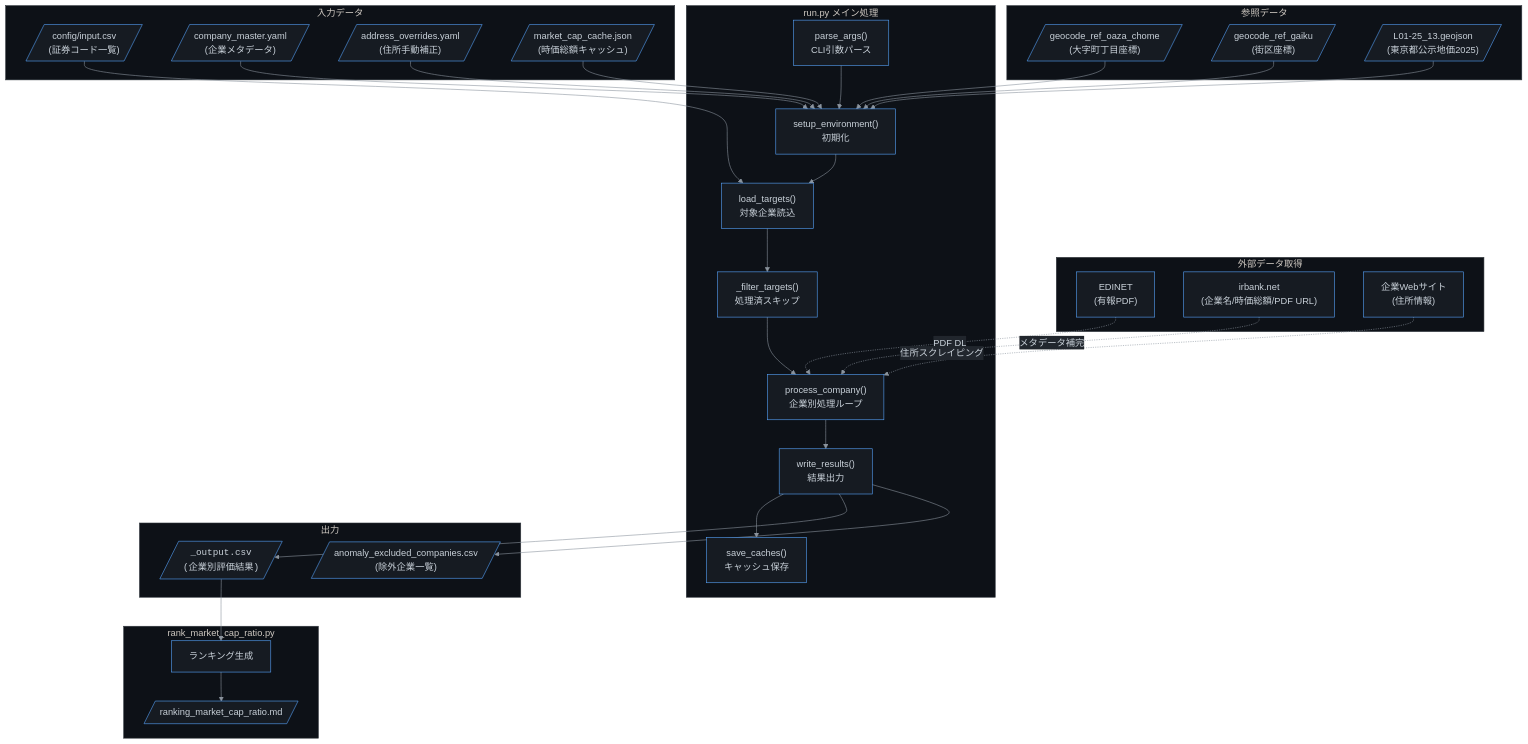
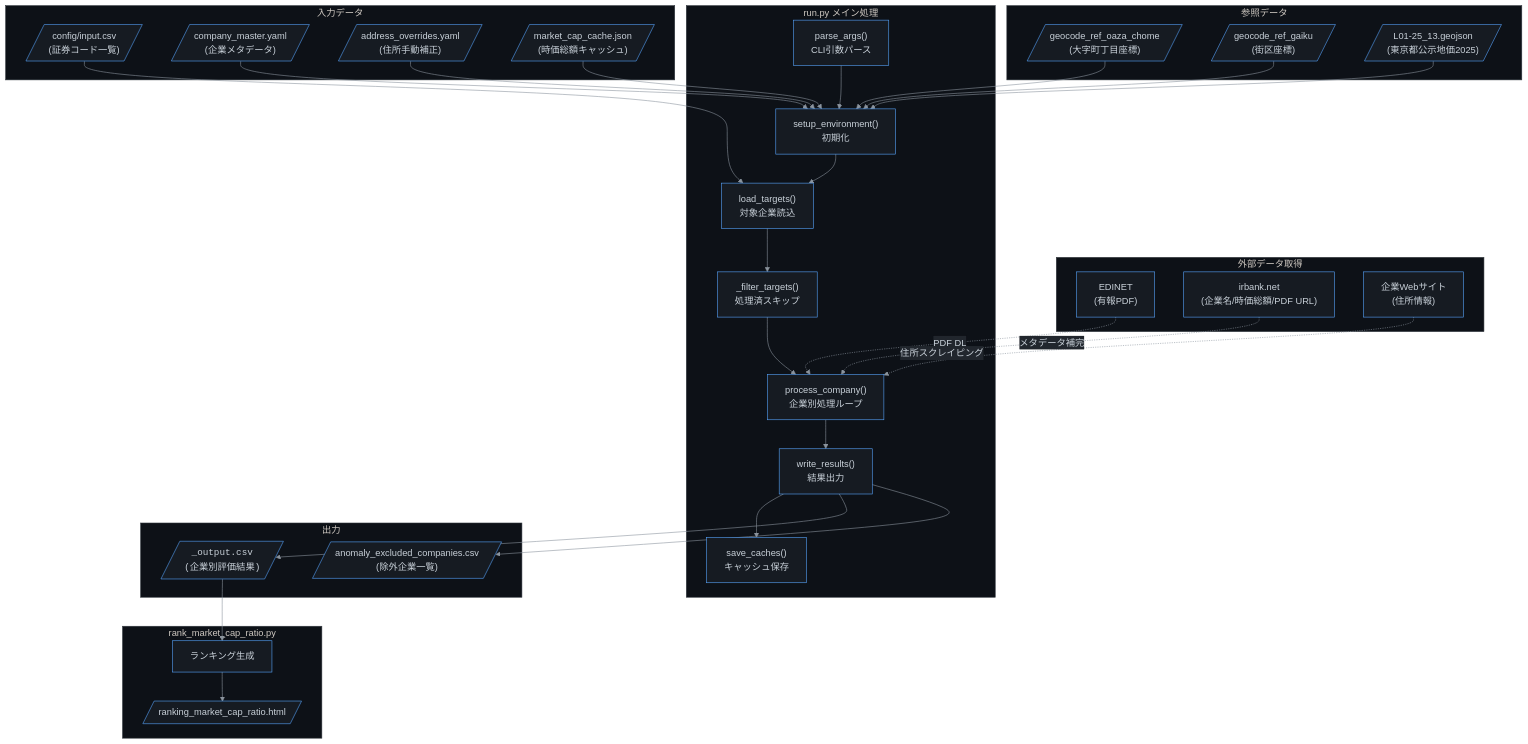
The first of 12 diagrams in docs/ARCHITECTURE.md (expgolemclone/land_value_research), drawn with Mermaid before and after one commit. The commit also changed other lines of this file and 3 other files, not shown here.

First line of the commit message:
Update cross-codebase references from MD to HTML ranking

````diff
--- a/docs/ARCHITECTURE.md
+++ b/docs/ARCHITECTURE.md
@@ -9,61 +9,61 @@
 ```mermaid
 %%{init: {"theme":"base","themeVariables":{"background":"#0d1117","primaryColor":"#161b22","primaryTextColor":"#c9d1d9","primaryBorderColor":"#58a6ff","secondaryColor":"#21262d","tertiaryColor":"#30363d","lineColor":"#8b949e","clusterBkg":"#0d1117","clusterBorder":"#30363d"}}}%%
 flowchart TB
     subgraph INPUT["入力データ"]
         CSV[/"config/input.csv<br>(証券コード一覧)"/]
         YAML1[/"company_master.yaml<br>(企業メタデータ)"/]
         YAML2[/"address_overrides.yaml<br>(住所手動補正)"/]
         MCAP[/"market_cap_cache.json<br>(時価総額キャッシュ)"/]
     end
 
     subgraph REF["参照データ"]
         GEO_OAZA[/"geocode_ref_oaza_chome<br>(大字町丁目座標)"/]
         GEO_GAIKU[/"geocode_ref_gaiku<br>(街区座標)"/]
         LANDPRICE[/"L01-25_13.geojson<br>(東京都公示地価2025)"/]
     end
 
     subgraph EXTERNAL["外部データ取得"]
         EDINET["EDINET<br>(有報PDF)"]
         IRBANK["irbank.net<br>(企業名/時価総額/PDF URL)"]
         WEB["企業Webサイト<br>(住所情報)"]
     end
 
     subgraph MAIN["run.py メイン処理"]
         PARSE["parse_args()<br>CLI引数パース"]
         SETUP["setup_environment()<br>初期化"]
         LOAD["load_targets()<br>対象企業読込"]
         FILTER["_filter_targets()<br>処理済スキップ"]
         LOOP["process_company()<br>企業別処理ループ"]
         WRITE["write_results()<br>結果出力"]
         SAVE["save_caches()<br>キャッシュ保存"]
     end
 
     subgraph OUTPUT["出力"]
         OUT_CSV[/"<code>_output.csv<br>(企業別評価結果)"/]
         EXCL_CSV[/"anomaly_excluded_companies.csv<br>(除外企業一覧)"/]
     end
 
     subgraph RANK["rank_market_cap_ratio.py"]
         RANK_PROC["ランキング生成"]
-        RANK_MD[/"ranking_market_cap_ratio.md"/]
+        RANK_HTML[/"ranking_market_cap_ratio.html"/]
     end
 
     CSV --> LOAD
     YAML1 --> SETUP
     YAML2 --> SETUP
     MCAP --> SETUP
     GEO_OAZA --> SETUP
     GEO_GAIKU --> SETUP
     LANDPRICE --> SETUP
 
     EDINET -.->|PDF DL| LOOP
     IRBANK -.->|メタデータ補完| LOOP
     WEB -.->|住所スクレイピング| LOOP
 
     PARSE --> SETUP --> LOAD --> FILTER --> LOOP --> WRITE --> SAVE
     WRITE --> OUT_CSV
     WRITE --> EXCL_CSV
 
     OUT_CSV --> RANK_PROC
-    RANK_PROC --> RANK_MD
+    RANK_PROC --> RANK_HTML
 ```
````
